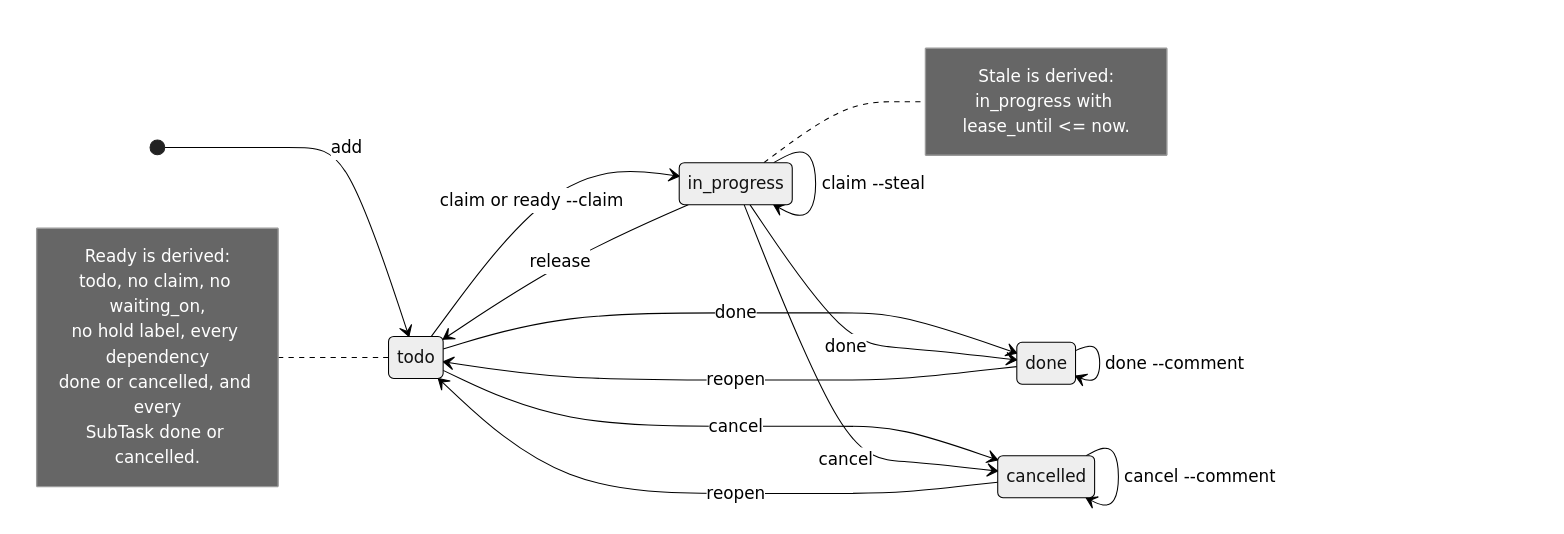
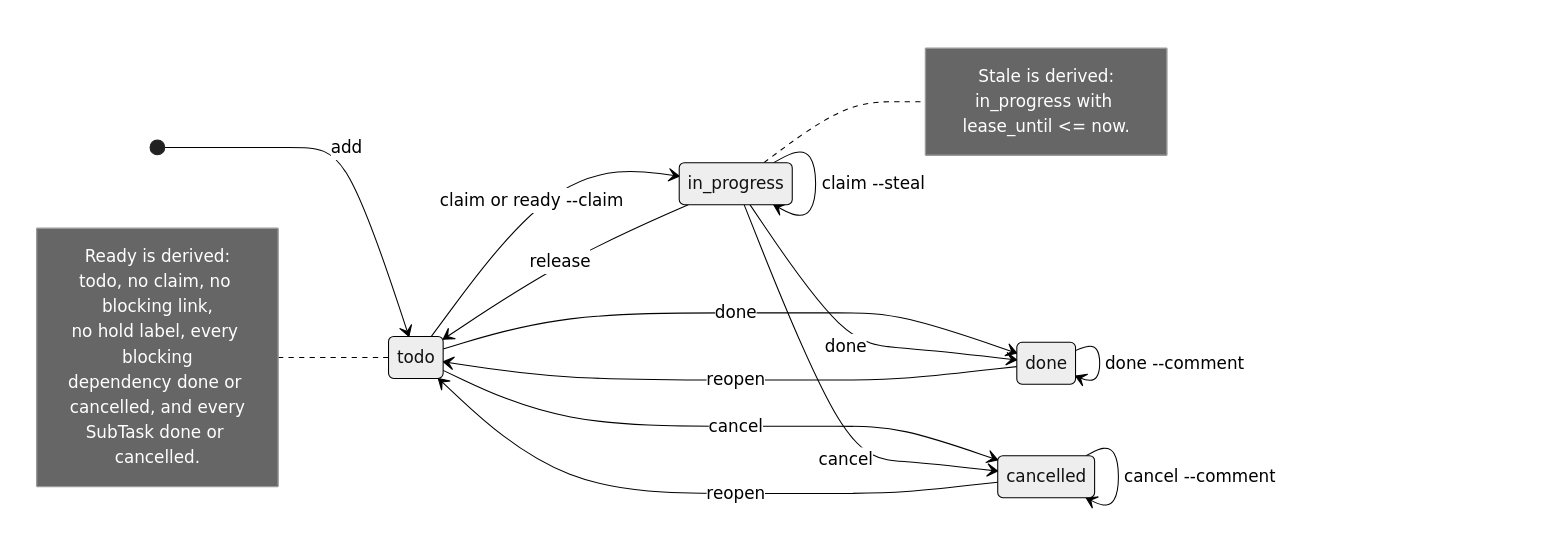
Before and after one commit to rcmendes/orbit: the second of 2 diagrams in docs/SPEC.md, drawn with Mermaid (neutral theme). The commit also changed other lines of this file and 27 other files, not shown here.

````diff
--- a/docs/SPEC.md
+++ b/docs/SPEC.md
@@ -140,36 +140,36 @@
 ```mermaid
 stateDiagram-v2
     direction LR
 
     [*] --> todo: add
 
     todo --> in_progress: claim or ready --claim
     todo --> done: done
     todo --> cancelled: cancel
 
     in_progress --> todo: release
     in_progress --> in_progress: heartbeat
     in_progress --> in_progress: checkpoint
     in_progress --> in_progress: claim --steal
     in_progress --> done: done
     in_progress --> cancelled: cancel
 
     done --> todo: reopen
     cancelled --> todo: reopen
 
     done --> done: done --comment
     cancelled --> cancelled: cancel --comment
 
     note right of in_progress
         Stale is derived:
         in_progress with lease_until <= now.
     end note
 
     note left of todo
         Ready is derived:
-        todo, no claim, no waiting_on,
-        no hold label, every dependency
-        done or cancelled, and every
+        todo, no claim, no blocking link,
+        no hold label, every blocking
+        dependency done or cancelled, and every
         SubTask done or cancelled.
     end note
 ```
````
